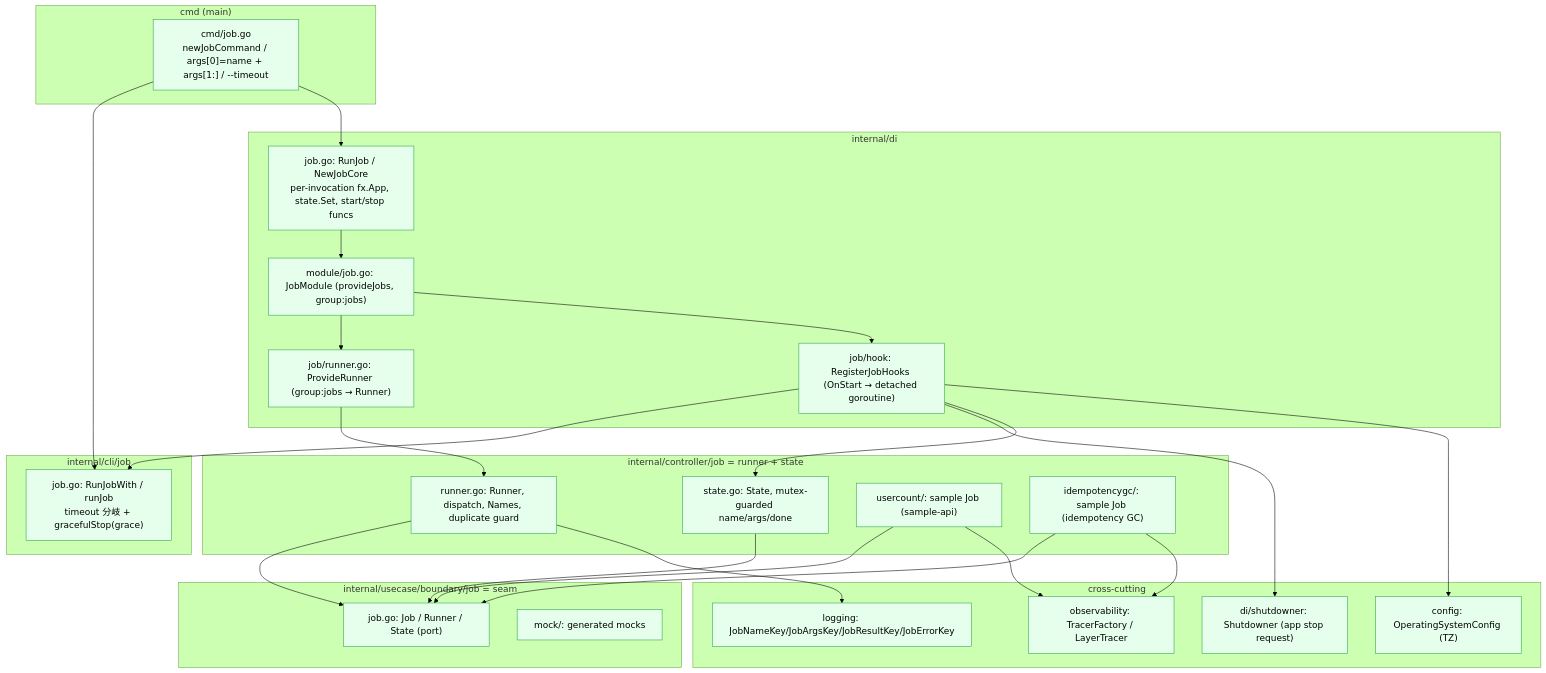
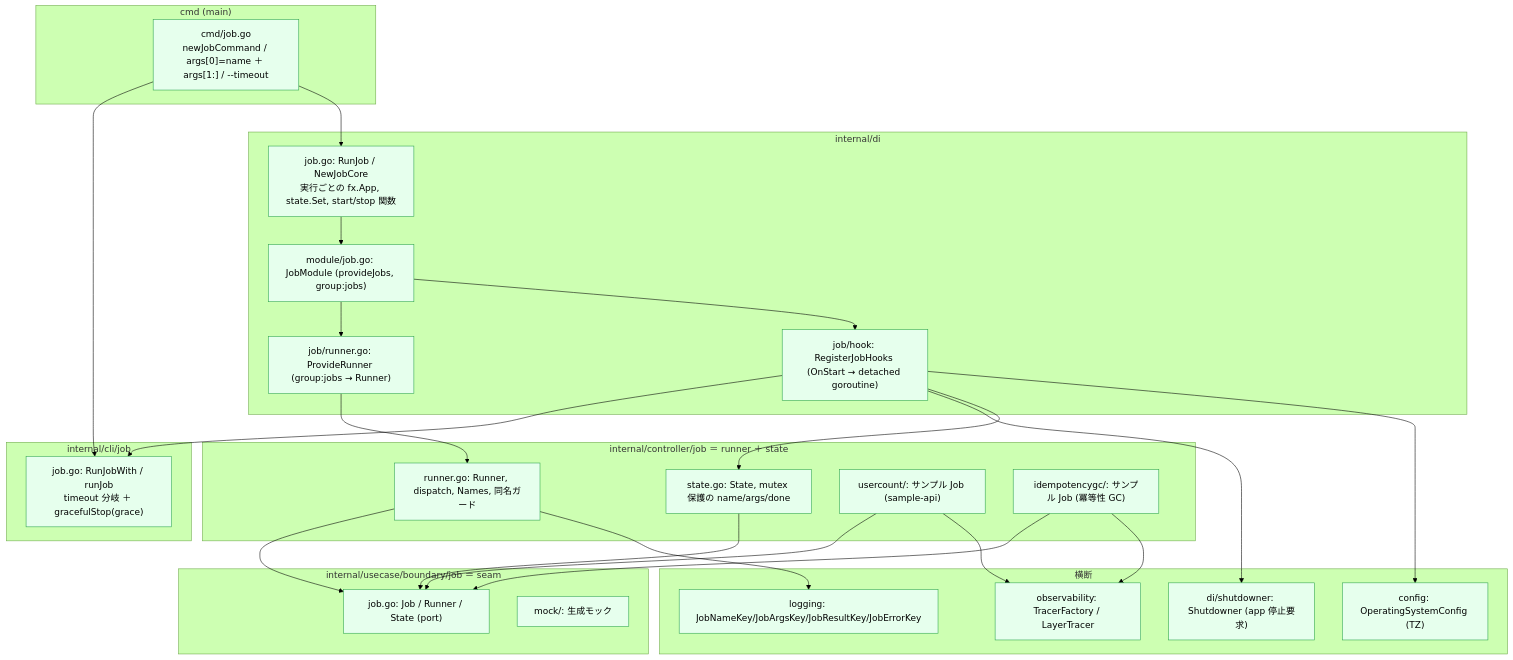
One commit to Tomy-ch/go-boilerplate changed the fourth of 6 diagrams in docs/design/job.md. Above: the diagram before and after it, drawn with Mermaid (forest theme). The commit also changed other lines of this file and 970 other files, not shown here.

````diff
--- a/docs/design/job.md
+++ b/docs/design/job.md
@@ -92,62 +92,62 @@
 ```mermaid
 flowchart TD
     subgraph cmdL["cmd (main)"]
-        CMD["cmd/job.go<br/>newJobCommand / args[0]=name + args[1:] / --timeout"]
+        CMD["cmd/job.go<br/>newJobCommand / args[0]=name ＋ args[1:] / --timeout"]
     end
     subgraph cliL["internal/cli/job"]
-        CLI["job.go: RunJobWith / runJob<br/>timeout 分岐 + gracefulStop(grace)"]
+        CLI["job.go: RunJobWith / runJob<br/>timeout 分岐 ＋ gracefulStop(grace)"]
     end
     subgraph diL["internal/di"]
-        DIJ["job.go: RunJob / NewJobCore<br/>per-invocation fx.App, state.Set, start/stop funcs"]
+        DIJ["job.go: RunJob / NewJobCore<br/>実行ごとの fx.App, state.Set, start/stop 関数"]
         DIR["job/runner.go: ProvideRunner (group:jobs → Runner)"]
         DIH["job/hook: RegisterJobHooks (OnStart → detached goroutine)"]
         DIM["module/job.go: JobModule (provideJobs, group:jobs)"]
     end
-    subgraph ctrlL["internal/controller/job  = runner + state"]
-        RUN["runner.go: Runner, dispatch, Names, duplicate guard"]
-        STATE["state.go: State, mutex-guarded name/args/done"]
+    subgraph ctrlL["internal/controller/job  ＝ runner ＋ state"]
+        RUN["runner.go: Runner, dispatch, Names, 同名ガード"]
+        STATE["state.go: State, mutex 保護の name/args/done"]
         %% sample-api:begin
-        UC["usercount/: sample Job (sample-api)"]
+        UC["usercount/: サンプル Job (sample-api)"]
         %% sample-api:end
-        GC["idempotencygc/: sample Job (idempotency GC)"]
+        GC["idempotencygc/: サンプル Job (冪等性 GC)"]
     end
-    subgraph seamL["internal/usecase/boundary/job  = seam"]
+    subgraph seamL["internal/usecase/boundary/job  ＝ seam"]
         PORT["job.go: Job / Runner / State (port)"]
-        MOCK["mock/: generated mocks"]
+        MOCK["mock/: 生成モック"]
     end
-    subgraph crossL["cross-cutting"]
-        SD["di/shutdowner: Shutdowner (app stop request)"]
+    subgraph crossL["横断"]
+        SD["di/shutdowner: Shutdowner (app 停止要求)"]
         CFG["config: OperatingSystemConfig (TZ)"]
         LOG["logging: JobNameKey/JobArgsKey/JobResultKey/JobErrorKey"]
         OTEL["observability: TracerFactory / LayerTracer"]
     end
 
     CMD --> CLI
     CMD --> DIJ
     DIJ --> DIM
     DIM --> DIR
     DIM --> DIH
     DIH --> CLI
     DIR --> RUN
     RUN --> PORT
     STATE --> PORT
     %% sample-api:begin
     UC --> PORT
     %% sample-api:end
     GC --> PORT
     DIH --> SD
     DIH --> STATE
     RUN --> LOG
     %% sample-api:begin
     UC --> OTEL
     %% sample-api:end
     GC --> OTEL
     DIH --> CFG
 
     classDef done fill:#e6ffed,stroke:#2da44e;
     %% sample-api:replace-begin
     class CMD,CLI,DIJ,DIR,DIH,DIM,RUN,STATE,UC,GC,PORT,MOCK,SD,CFG,LOG,OTEL done;
     %% sample-api:replace-with
     %% = class CMD,CLI,DIJ,DIR,DIH,DIM,RUN,STATE,GC,PORT,MOCK,SD,CFG,LOG,OTEL done;
     %% sample-api:replace-end
 ```
````
